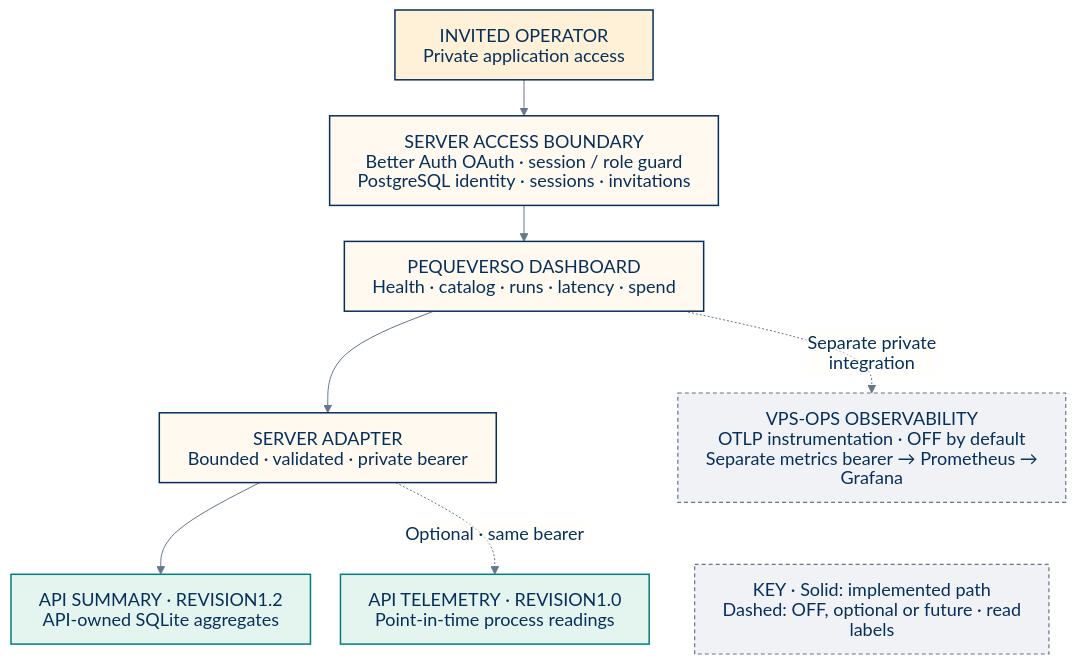
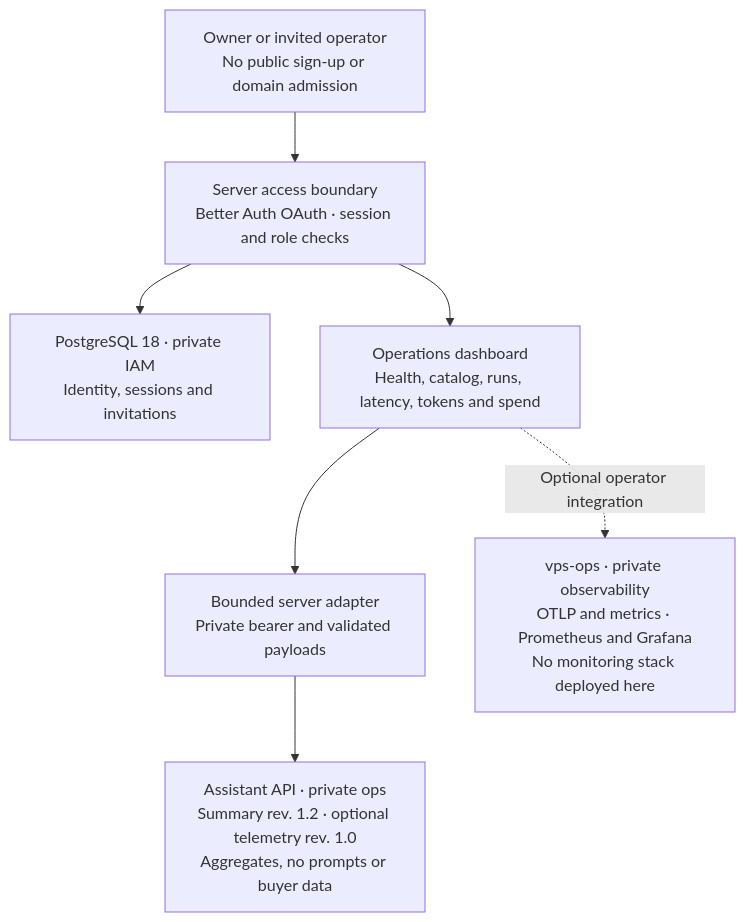
The diagram in docs/architecture/system-light.mmd (gonzalomartinperez/pequeverso-assistant-backoffice), drawn with Mermaid before and after one commit. The commit also changed 7 other files, not shown here.

First line of the commit message:
docs: author readable backoffice architecture diagrams

```diff
--- a/docs/architecture/system-light.mmd
+++ b/docs/architecture/system-light.mmd
@@ -1,21 +1,9 @@
----
-{"config": {"theme": "base", "look": "classic", "fontFamily": "Arial, sans-serif", "htmlLabels": false, "themeVariables": {"background": "#fffdf8", "primaryTextColor": "#06305b", "lineColor": "#65758a", "clusterBkg": "#fffdf8", "clusterBorder": "#65758a", "edgeLabelBackground": "#fffdf8", "fontSize": "18px", "textColor": "#06305b", "titleColor": "#06305b", "nodeTextColor": "#06305b", "clusterTextColor": "#06305b"}, "flowchart": {"curve": "basis", "nodeSpacing": 30, "rankSpacing": 36, "padding": 14, "htmlLabels": false, "wrappingWidth": 340}, "markdownAutoWrap": false, "themeCSS": ".cluster-label text,.nodeLabel,.edgeLabel text,.label text{fill:#06305b!important;} .edgeLabel rect,.edgeLabel polygon{fill:#fffdf8!important;opacity:1!important;}"}}
----
 flowchart TB
-  accTitle: Pequeverso private backoffice components and boundaries
-  accDescr: Invited operators authenticate using OAuth and private PostgreSQL. Server session and role guards protect the dashboard. A bounded server adapter reads API summary and optional telemetry, separate from private observability.
-  Operator["INVITED OPERATOR<br/>Private application access"] --> Guard["SERVER ACCESS BOUNDARY<br/>Better Auth OAuth · session / role guard<br/>PostgreSQL identity · sessions · invitations"]
-  Guard --> Panel["PEQUEVERSO DASHBOARD<br/>Health · catalog · runs · latency · spend"]
-  Panel --> Adapter["SERVER ADAPTER<br/>Bounded · validated · private bearer"]
-  Adapter --> Summary["API SUMMARY · REVISION1.2<br/>API-owned SQLite aggregates"]
-  Adapter -. "Optional · same bearer" .-> Telemetry["API TELEMETRY · REVISION1.0<br/>Point-in-time process readings"]
-  Panel -. "Separate private integration" .-> Monitor["VPS-OPS OBSERVABILITY<br/>OTLP instrumentation · OFF by default<br/>Separate metrics bearer → Prometheus → Grafana"]
-  Monitor ~~~ Legend["KEY · Solid: implemented path<br/>Dashed: OFF, optional or future · read labels"]
-  class Operator person
-  class Guard,Panel,Adapter app
-  class Summary,Telemetry data
-  class Monitor,Legend external
-  classDef person fill:#fff1d8,stroke:#06305b,color:#06305b,stroke-width:1.5px;
-  classDef app fill:#fff9ef,stroke:#06305b,color:#06305b,stroke-width:1.5px;
-  classDef data fill:#e4f4ef,stroke:#007e80,color:#06305b,stroke-width:1.5px;
-  classDef external fill:#f0f2f5,stroke:#65758a,color:#06305b,stroke-width:1.2px,stroke-dasharray:4 3;
+  accTitle: Pequeverso private backoffice access and aggregate operations
+  accDescr: The owner or invited operators authenticate through Better Auth OAuth. Server-side session and role checks use the separate PostgreSQL identity database. A bounded server adapter reads private API summaries and optional telemetry. Observability is optional and operator-owned.
+  Operator["Owner or invited operator<br/>No public sign-up or domain admission"] --> Access["Server access boundary<br/>Better Auth OAuth · session and role checks"]
+  Access --> IAM["PostgreSQL 18 · private IAM<br/>Identity, sessions and invitations"]
+  Access --> Panel["Operations dashboard<br/>Health, catalog, runs, latency, tokens and spend"]
+  Panel --> Adapter["Bounded server adapter<br/>Private bearer and validated payloads"]
+  Adapter --> API["Assistant API · private ops<br/>Summary rev. 1.2 · optional telemetry rev. 1.0<br/>Aggregates, no prompts or buyer data"]
+  Panel -. Optional operator integration .-> Ops["vps-ops · private observability<br/>OTLP and metrics · Prometheus and Grafana<br/>No monitoring stack deployed here"]
```
